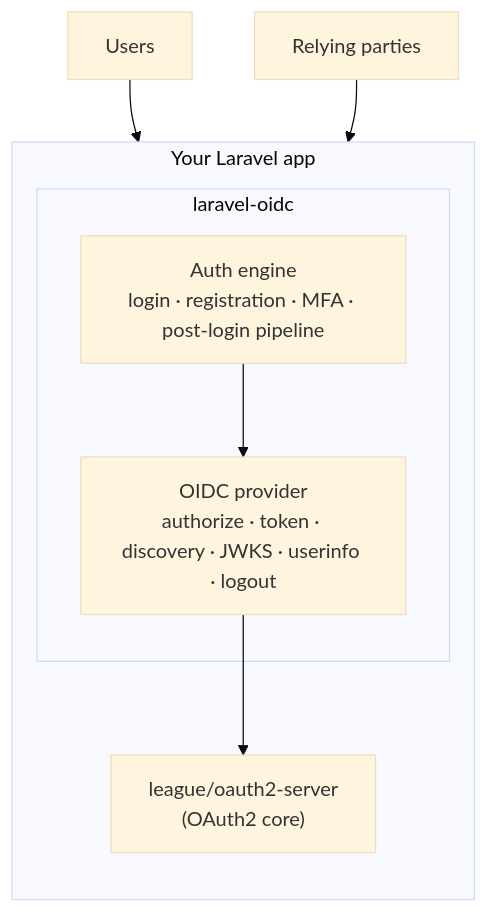
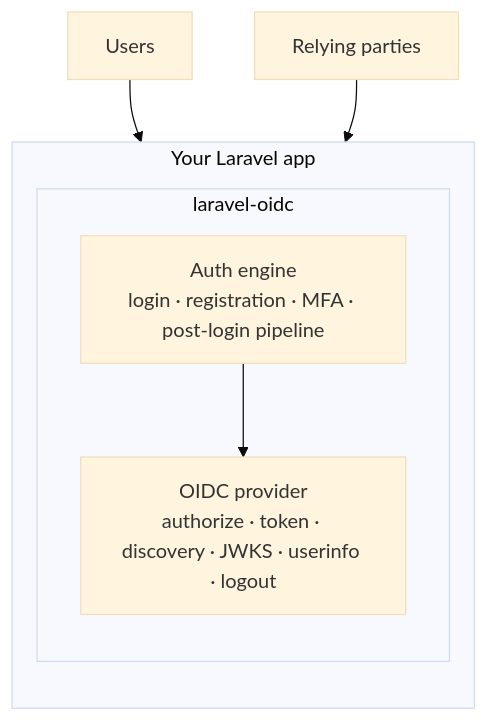
One commit to bambamboole/laravel-oidc changed the diagram in docs/content/docs/introduction/what-is-laravel-oidc.md. Above: the diagram before and after it, drawn with Mermaid (base theme). The commit also changed other lines of this file and 86 other files, not shown here.

First line of the commit message:
refactor(server)!: replace league/oauth2-server with a package-owned protocol core

````diff
--- a/docs/content/docs/introduction/what-is-laravel-oidc.md
+++ b/docs/content/docs/introduction/what-is-laravel-oidc.md
@@ -28,15 +28,13 @@
 ```mermaid
 flowchart TB
     Users["Users"] --> AE
     RP["Relying parties"] --> OP
     subgraph App["Your Laravel app"]
         direction TB
         subgraph Pkg["laravel-oidc"]
             AE["Auth engine<br/>login · registration · MFA · post-login pipeline"]
             OP["OIDC provider<br/>authorize · token · discovery · JWKS · userinfo · logout"]
         end
-        League["league/oauth2-server<br/>(OAuth2 core)"]
     end
     AE --> OP
-    OP --> League
 ```
````
